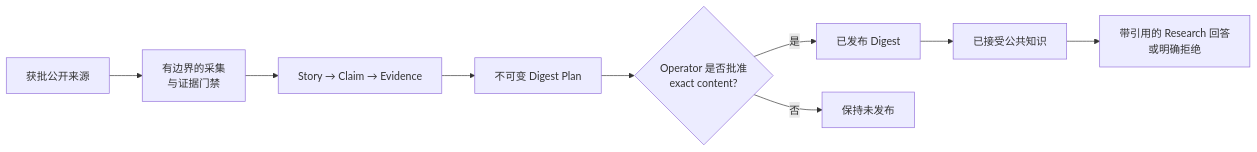
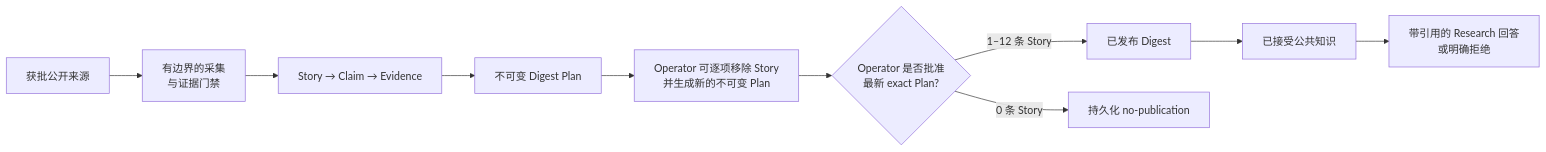
The diagram in README.zh-CN.md (Ev3rGan/ai-ledger), drawn with Mermaid before and after one commit. The commit also changed other lines of this file and 19 other files, not shown here.

````diff
--- a/README.zh-CN.md
+++ b/README.zh-CN.md
@@ -88,11 +89,12 @@
 ```mermaid
 flowchart LR
     A["获批公开来源"] --> B["有边界的采集<br/>与证据门禁"]
     B --> C["Story → Claim → Evidence"]
     C --> D["不可变 Digest Plan"]
-    D --> E{"Operator 是否批准<br/>exact content?"}
-    E -- "是" --> F["已发布 Digest"]
-    E -- "否" --> G["保持未发布"]
-    F --> H["已接受公共知识"]
-    H --> I["带引用的 Research 回答<br/>或明确拒绝"]
+    D --> E["Operator 可逐项移除 Story<br/>并生成新的不可变 Plan"]
+    E --> F{"Operator 是否批准<br/>最新 exact Plan?"}
+    F -- "1–12 条 Story" --> G["已发布 Digest"]
+    F -- "0 条 Story" --> H["持久化 no-publication"]
+    G --> I["已接受公共知识"]
+    I --> J["带引用的 Research 回答<br/>或明确拒绝"]
 ```
````
